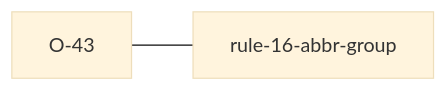
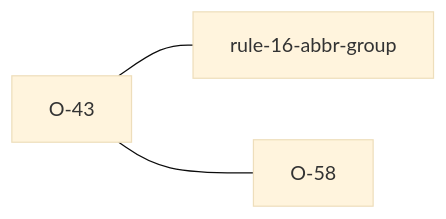
One commit to niko86/laterite changed the diagram in ags-wiki/observations/O-43.md. Above: the diagram before and after it, drawn with Mermaid (base theme). The commit also changed other lines of this file and 21 other files, not shown here.

````diff
--- a/ags-wiki/observations/O-43.md
+++ b/ags-wiki/observations/O-43.md
@@ -36,4 +36,5 @@
 ```mermaid
 graph LR
   O_43["O-43"] --- R16["rule-16-abbr-group"]
+  O_43 --- O_58["O-58"]
 ```
````
